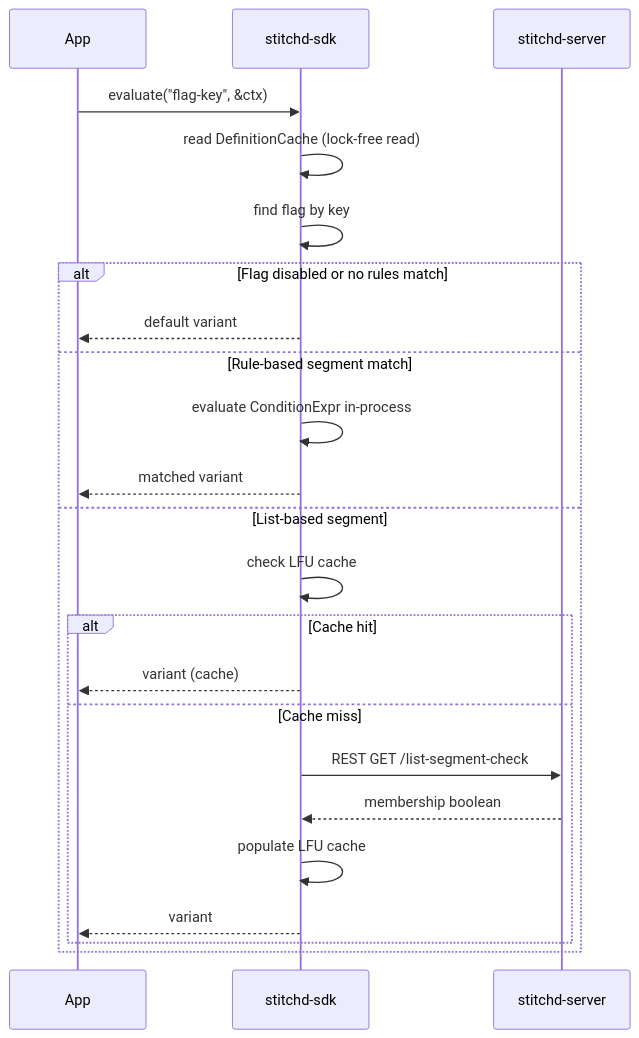
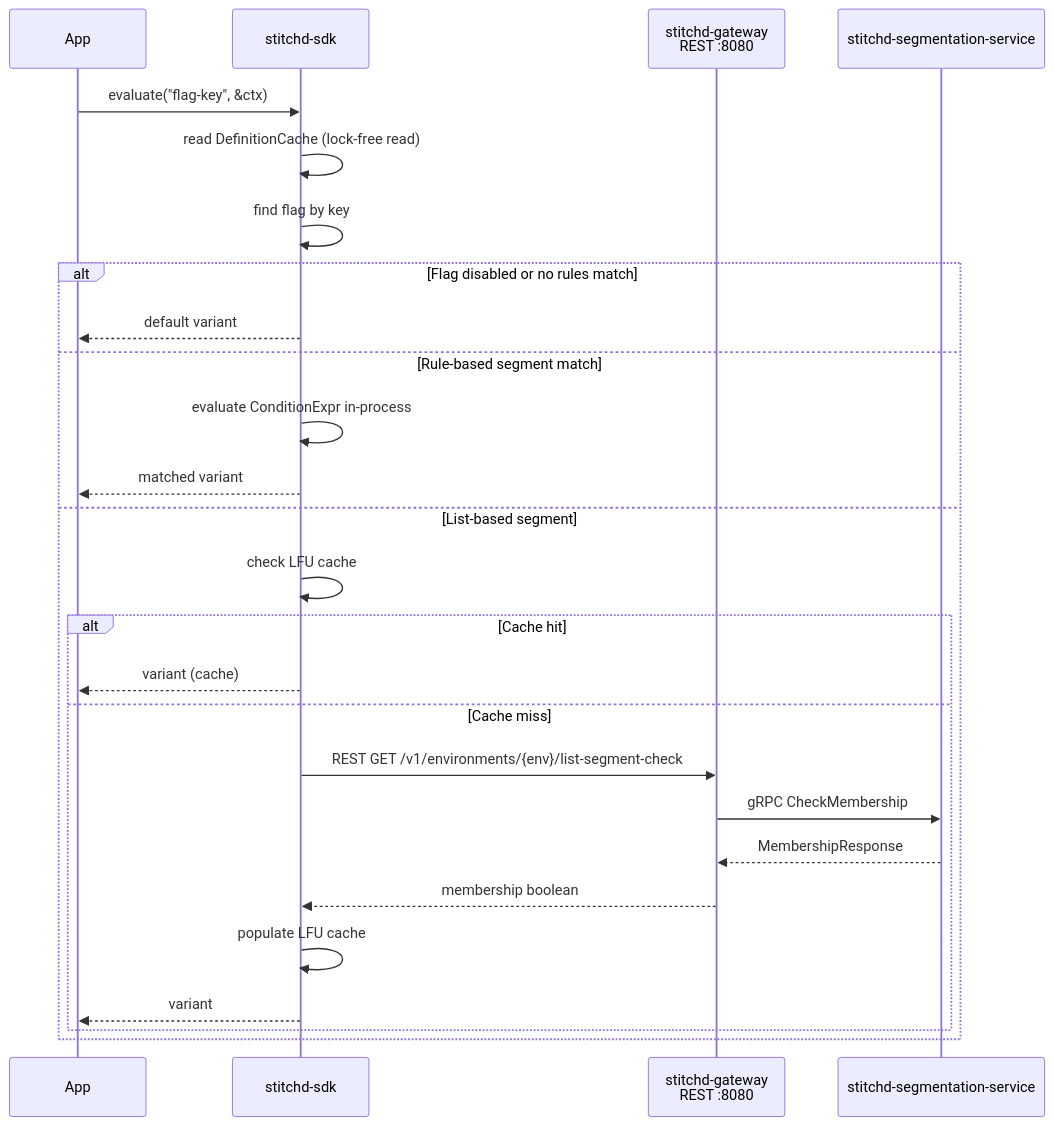
One commit to stitchd-dev/feature-flag changed the second of 2 diagrams in docs/src/architecture/evaluation-flow.md. Above: the diagram before and after it, drawn with Mermaid. The commit also changed other lines of this file and 15 other files, not shown here.

First line of the commit message:
docs: align README and mdBook architecture with microservices layout

````diff
--- a/docs/src/architecture/evaluation-flow.md
+++ b/docs/src/architecture/evaluation-flow.md
@@ -30,27 +33,30 @@
 ```mermaid
 sequenceDiagram
     participant App
     participant SDK as stitchd-sdk
-    participant Server as stitchd-server
+    participant GW as stitchd-gateway<br/>REST :8080
+    participant SS as stitchd-segmentation-service
 
     App->>SDK: evaluate("flag-key", &ctx)
     SDK->>SDK: read DefinitionCache (lock-free read)
     SDK->>SDK: find flag by key
 
     alt Flag disabled or no rules match
         SDK-->>App: default variant
     else Rule-based segment match
         SDK->>SDK: evaluate ConditionExpr in-process
         SDK-->>App: matched variant
     else List-based segment
         SDK->>SDK: check LFU cache
         alt Cache hit
             SDK-->>App: variant (cache)
         else Cache miss
-            SDK->>Server: REST GET /list-segment-check
-            Server-->>SDK: membership boolean
+            SDK->>GW: REST GET /v1/environments/{env}/list-segment-check
+            GW->>SS: gRPC CheckMembership
+            SS-->>GW: MembershipResponse
+            GW-->>SDK: membership boolean
             SDK->>SDK: populate LFU cache
             SDK-->>App: variant
         end
     end
 ```
````
